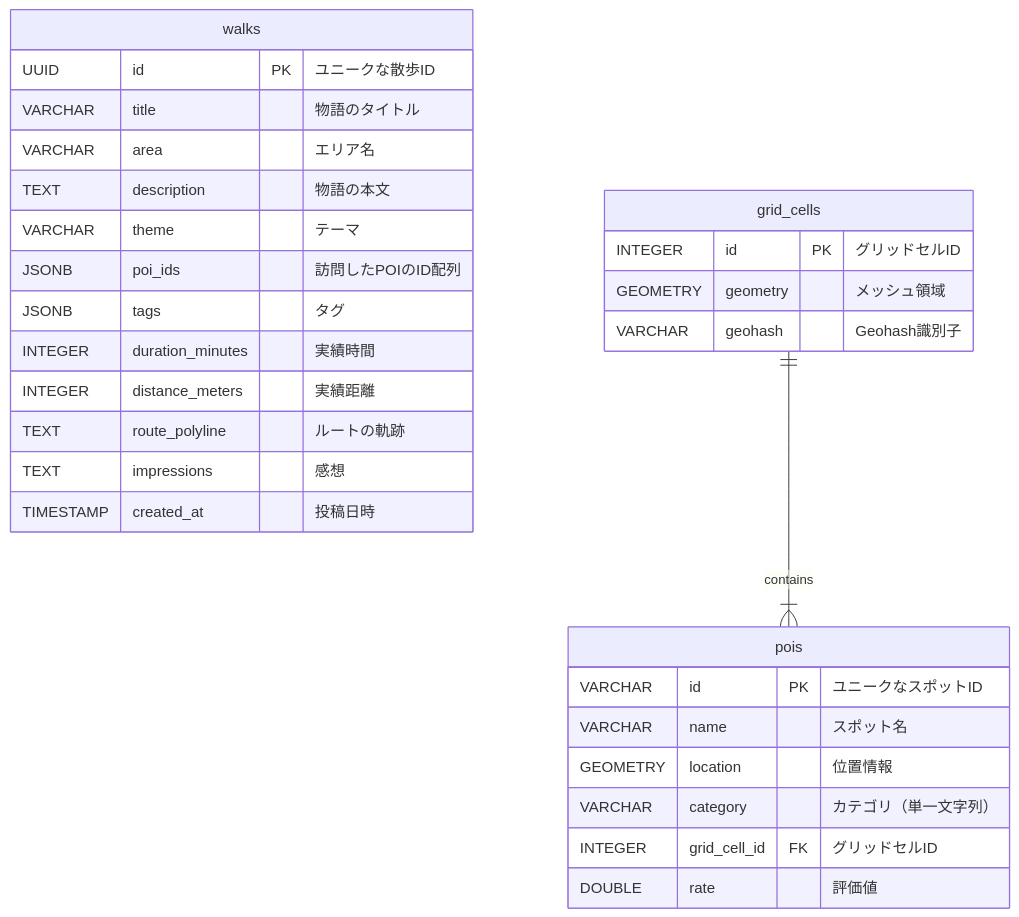
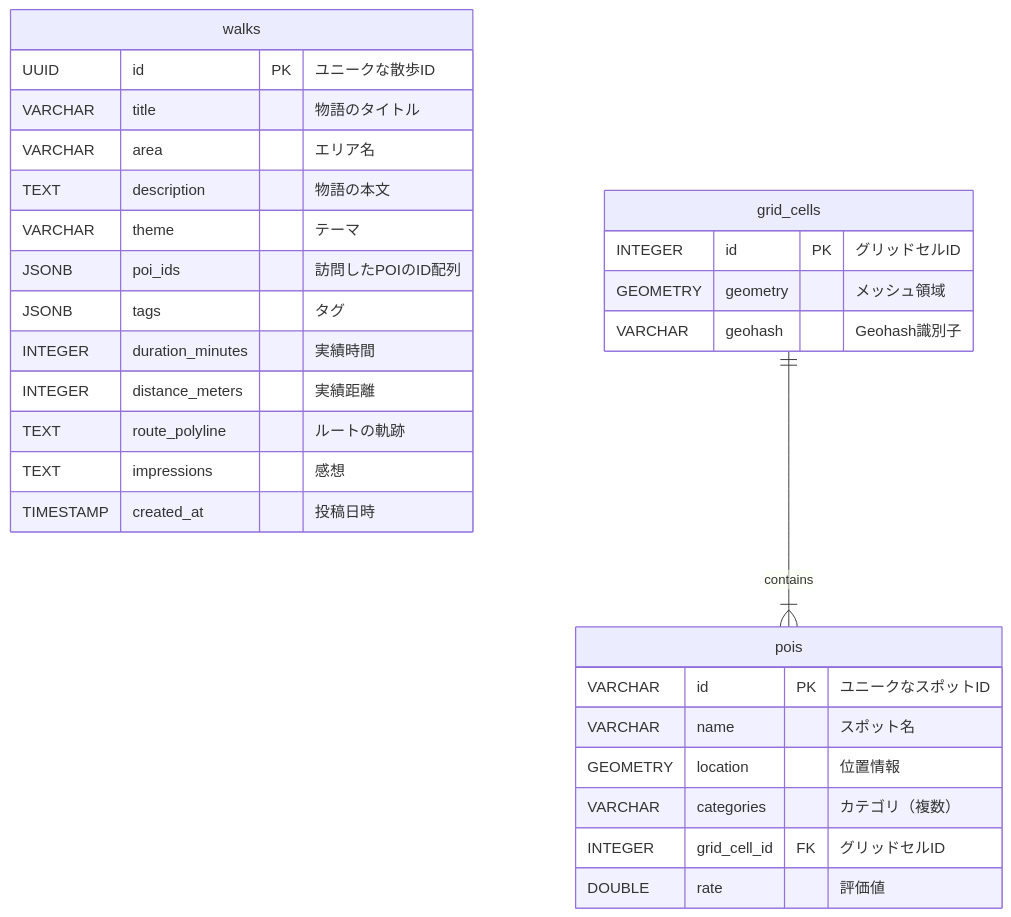
The diagram in docs/api.md (kaka0913/watnow-hack-team8-backend), drawn with Mermaid before and after one commit. The commit also changed other lines of this file and 2 other files, not shown here.

````diff
--- a/docs/api.md
+++ b/docs/api.md
@@ -1,34 +1,34 @@
 ```mermaid
 erDiagram
     walks {
         UUID id PK "ユニークな散歩ID"
         VARCHAR title "物語のタイトル"
         VARCHAR area "エリア名"
         TEXT description "物語の本文"
         VARCHAR theme "テーマ"
         JSONB poi_ids "訪問したPOIのID配列"
         JSONB tags "タグ"
         INTEGER duration_minutes "実績時間"
         INTEGER distance_meters "実績距離"
         TEXT route_polyline "ルートの軌跡"
         TEXT impressions "感想"
         TIMESTAMP created_at "投稿日時"
     }
 
     pois {
         VARCHAR id PK "ユニークなスポットID"
         VARCHAR name "スポット名"
         GEOMETRY location "位置情報"
-        VARCHAR category "カテゴリ（単一文字列）"
+        VARCHAR categories "カテゴリ（複数）"
         INTEGER grid_cell_id FK "グリッドセルID"
         DOUBLE rate "評価値"
     }
 
     grid_cells {
         INTEGER id PK "グリッドセルID"
         GEOMETRY geometry "メッシュ領域"
         VARCHAR geohash "Geohash識別子"
     }
 
     grid_cells ||--|{ pois : "contains"
 ```
````
